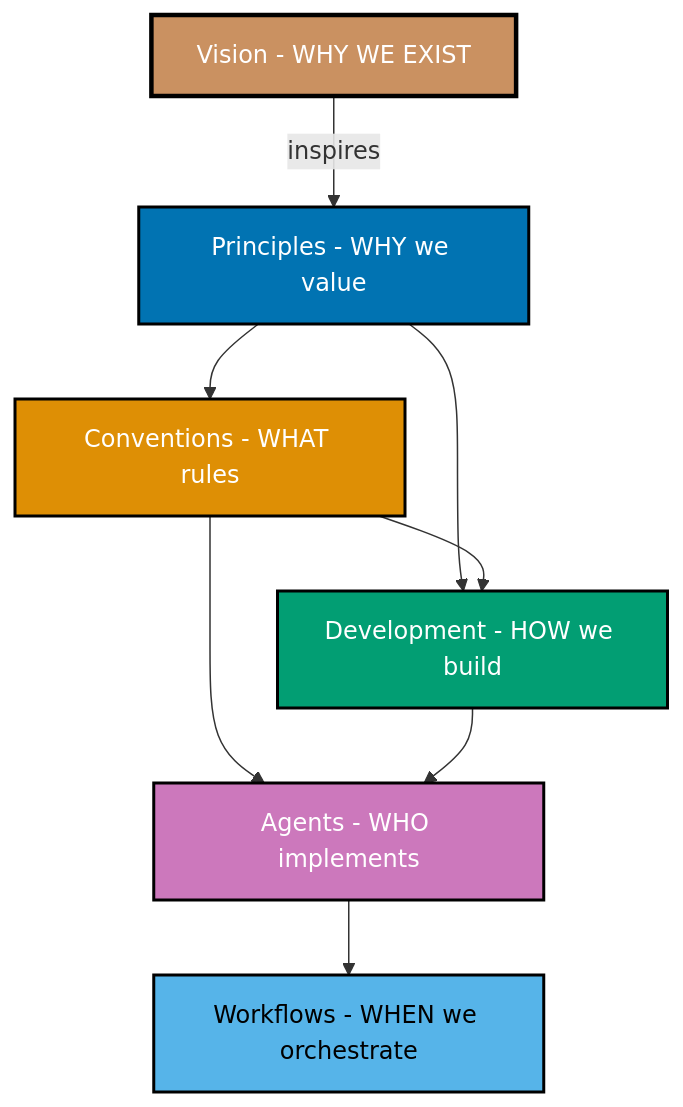
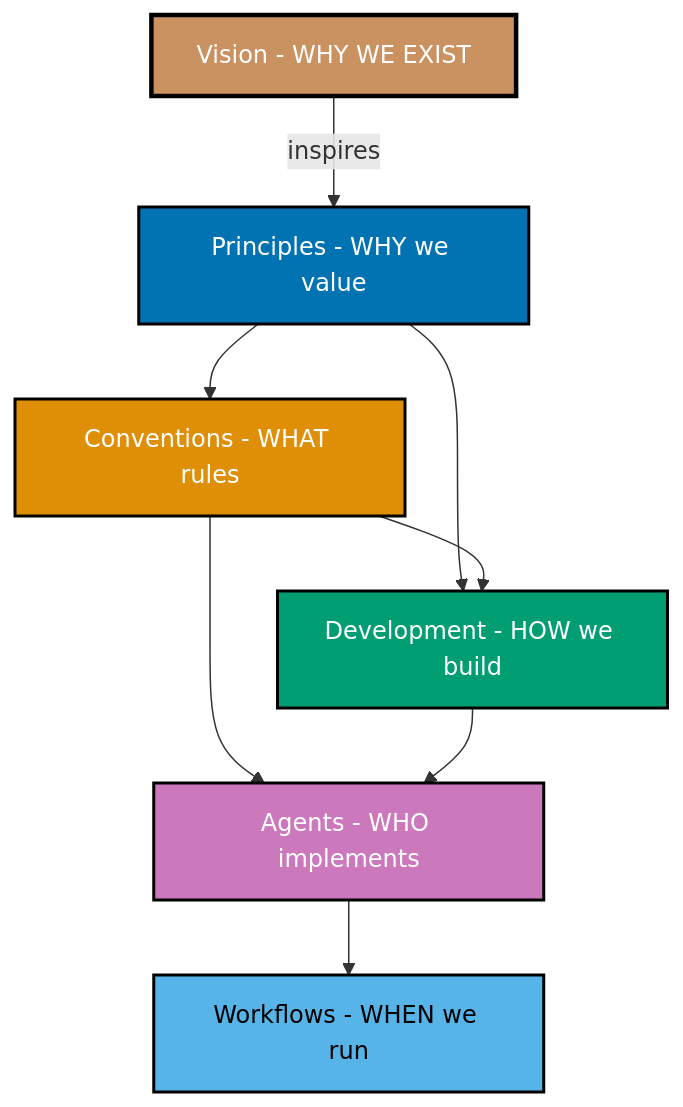
The diagram in governance/vision/README.md (wahidyankf/open-sharia-enterprise), drawn with Mermaid before and after one commit. The commit also changed 15 other files, not shown here.

First line of the commit message:
fix(governance): fix pre-existing mermaid diagram violations in governance docs

````diff
--- a/governance/vision/README.md
+++ b/governance/vision/README.md
@@ -24,26 +24,26 @@
 ```mermaid
 %% Color Palette: Blue #0173B2, Orange #DE8F05, Teal #029E73, Purple #CC78BC, Brown #CA9161
 %% All colors are color-blind friendly and meet WCAG AA contrast standards
 graph TD
     A[Vision - WHY WE EXIST]
     B[Principles - WHY we value]
     C[Conventions - WHAT rules]
     D[Development - HOW we build]
     E[Agents - WHO implements]
-    F[Workflows - WHEN we orchestrate]
+    F[Workflows - WHEN we run]
 
     A -->|inspires| B
     B --> C
     B --> D
     C --> D
     C --> E
     D --> E
     E --> F
 
     style A fill:#CA9161,stroke:#000000,color:#FFFFFF,stroke-width:3px
     style B fill:#0173B2,stroke:#000000,color:#FFFFFF,stroke-width:2px
     style C fill:#DE8F05,stroke:#000000,color:#FFFFFF,stroke-width:2px
     style D fill:#029E73,stroke:#000000,color:#FFFFFF,stroke-width:2px
     style E fill:#CC78BC,stroke:#000000,color:#FFFFFF,stroke-width:2px
     style F fill:#56B4E9,stroke:#000000,color:#000000,stroke-width:2px
 ```
````
